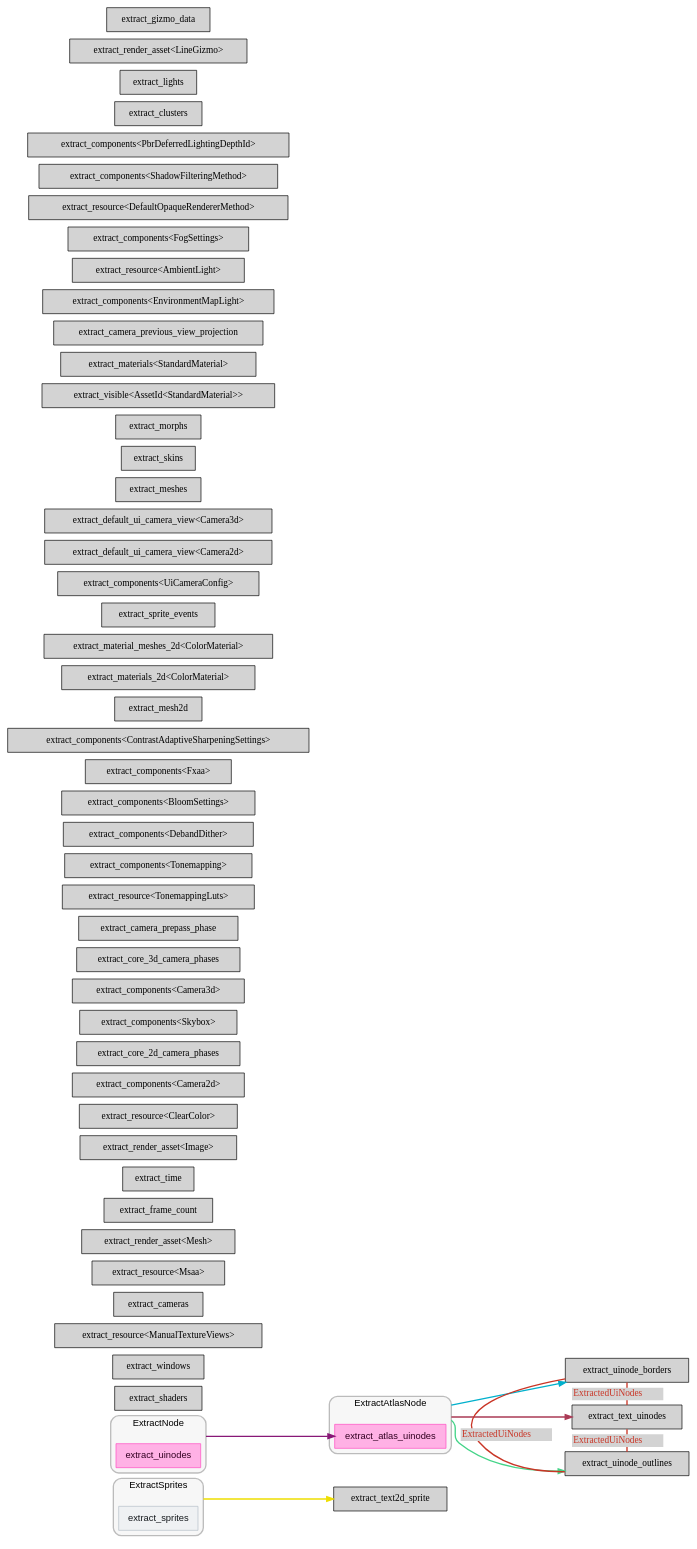
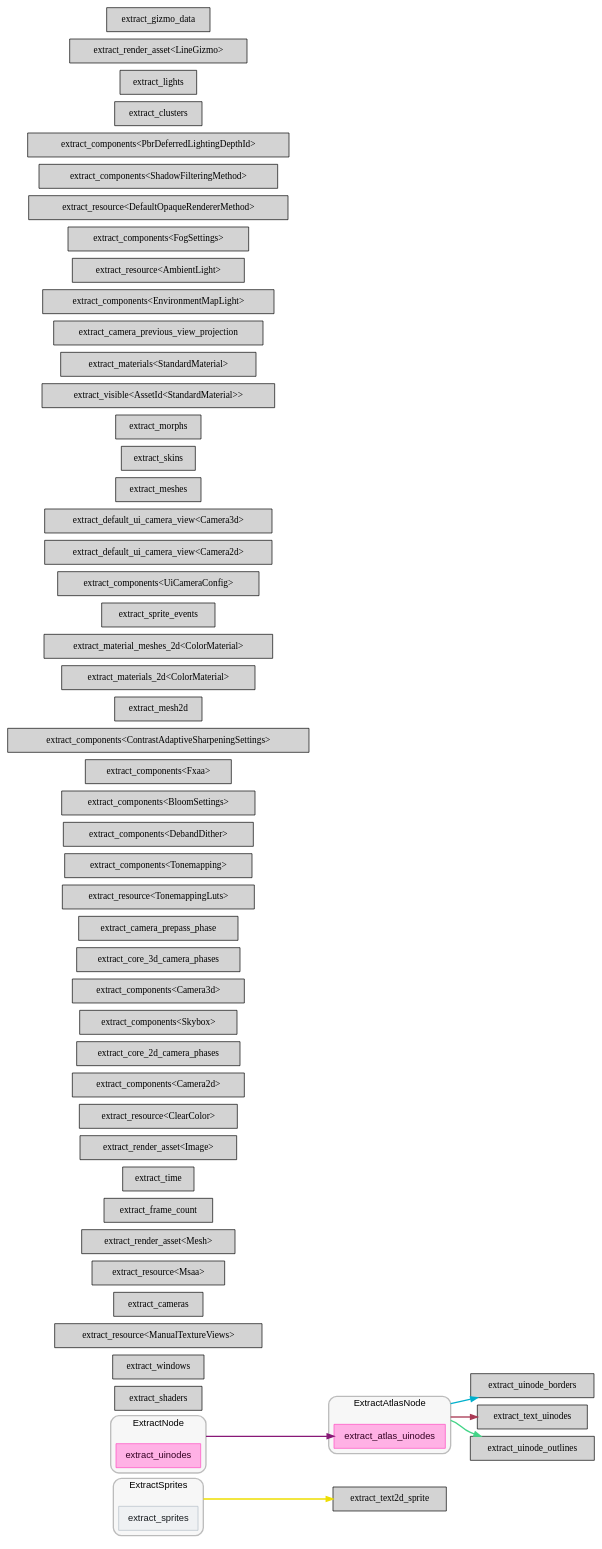
The diagram in docs/schedule/light/render_schedule_ExtractSchedule.dot (jakobhellermann/bevy_mod_debugdump), drawn with Graphviz before and after one commit. The commit also changed 11 other files, not shown here.

```diff
--- a/docs/schedule/light/render_schedule_ExtractSchedule.dot
+++ b/docs/schedule/light/render_schedule_ExtractSchedule.dot
@@ -1,103 +1,100 @@
 digraph "" {
 	"compound"="true";
 	"splines"="spline";
 	"rankdir"="LR";
 	"bgcolor"="white";
 	"fontname"="Helvetica";
 	"nodesep"="0.15";
 	edge ["penwidth"="2"];
 	node ["shape"="box", "style"="filled"];
 	subgraph "clusternode_Set(26)" {
 		"style"="rounded,filled";
 		"label"="ExtractSprites";
 		"tooltip"="ExtractSprites";
 		"fillcolor"="#00000008";
 		"fontcolor"="#000000";
 		"color"="#00000040";
 		"penwidth"="2";
 		"set_marker_node_Set(26)" ["style"="invis", "label"="", "height"="0", "shape"="point"]
 		"node_System(25)" ["label"="extract_sprites", "tooltip"="bevy_sprite::render::extract_sprites", "fillcolor"="#eff1f3", "fontname"="Helvetica", "fontcolor"="#15191d", "color"="#b4bec7", "penwidth"="1"]
 	}
 	
 	subgraph "clusternode_Set(33)" {
 		"style"="rounded,filled";
 		"label"="ExtractNode";
 		"tooltip"="ExtractNode";
 		"fillcolor"="#00000008";
 		"fontcolor"="#000000";
 		"color"="#00000040";
 		"penwidth"="2";
 		"set_marker_node_Set(33)" ["style"="invis", "label"="", "height"="0", "shape"="point"]
 		"node_System(31)" ["label"="extract_uinodes", "tooltip"="bevy_ui::render::extract_uinodes", "fillcolor"="#ffb1e5", "fontname"="Helvetica", "fontcolor"="#320021", "color"="#ff4bc2", "penwidth"="1"]
 	}
 	
 	subgraph "clusternode_Set(35)" {
 		"style"="rounded,filled";
 		"label"="ExtractAtlasNode";
 		"tooltip"="ExtractAtlasNode";
 		"fillcolor"="#00000008";
 		"fontcolor"="#000000";
 		"color"="#00000040";
 		"penwidth"="2";
 		"set_marker_node_Set(35)" ["style"="invis", "label"="", "height"="0", "shape"="point"]
 		"node_System(32)" ["label"="extract_atlas_uinodes", "tooltip"="bevy_ui::render::extract_atlas_uinodes", "fillcolor"="#ffb1e5", "fontname"="Helvetica", "fontcolor"="#320021", "color"="#ff4bc2", "penwidth"="1"]
 	}
 	
 	"node_System(0)" ["label"="extract_shaders", "tooltip"="bevy_render::render_resource::pipeline_cache::PipelineCache::extract_shaders"]
 	"node_System(1)" ["label"="extract_windows", "tooltip"="bevy_render::view::window::extract_windows"]
 	"node_System(2)" ["label"="extract_resource<ManualTextureViews>", "tooltip"="bevy_render::extract_resource::extract_resource<bevy_render::camera::manual_texture_view::ManualTextureViews>"]
 	"node_System(3)" ["label"="extract_cameras", "tooltip"="bevy_render::camera::camera::extract_cameras"]
 	"node_System(4)" ["label"="extract_resource<Msaa>", "tooltip"="bevy_render::extract_resource::extract_resource<bevy_render::view::Msaa>"]
 	"node_System(5)" ["label"="extract_render_asset<Mesh>", "tooltip"="bevy_render::render_asset::extract_render_asset<bevy_render::mesh::mesh::Mesh>"]
 	"node_System(6)" ["label"="extract_frame_count", "tooltip"="bevy_render::globals::extract_frame_count"]
 	"node_System(7)" ["label"="extract_time", "tooltip"="bevy_render::globals::extract_time"]
 	"node_System(8)" ["label"="extract_render_asset<Image>", "tooltip"="bevy_render::render_asset::extract_render_asset<bevy_render::texture::image::Image>"]
 	"node_System(9)" ["label"="extract_resource<ClearColor>", "tooltip"="bevy_render::extract_resource::extract_resource<bevy_core_pipeline::clear_color::ClearColor>"]
 	"node_System(10)" ["label"="extract_components<Camera2d>", "tooltip"="bevy_render::extract_component::extract_components<bevy_core_pipeline::core_2d::camera_2d::Camera2d>"]
 	"node_System(11)" ["label"="extract_core_2d_camera_phases", "tooltip"="bevy_core_pipeline::core_2d::extract_core_2d_camera_phases"]
 	"node_System(12)" ["label"="extract_components<Skybox>", "tooltip"="bevy_render::extract_component::extract_components<bevy_core_pipeline::skybox::Skybox>"]
 	"node_System(13)" ["label"="extract_components<Camera3d>", "tooltip"="bevy_render::extract_component::extract_components<bevy_core_pipeline::core_3d::camera_3d::Camera3d>"]
 	"node_System(14)" ["label"="extract_core_3d_camera_phases", "tooltip"="bevy_core_pipeline::core_3d::extract_core_3d_camera_phases"]
 	"node_System(15)" ["label"="extract_camera_prepass_phase", "tooltip"="bevy_core_pipeline::core_3d::extract_camera_prepass_phase"]
 	"node_System(16)" ["label"="extract_resource<TonemappingLuts>", "tooltip"="bevy_render::extract_resource::extract_resource<bevy_core_pipeline::tonemapping::TonemappingLuts>"]
 	"node_System(17)" ["label"="extract_components<Tonemapping>", "tooltip"="bevy_render::extract_component::extract_components<bevy_core_pipeline::tonemapping::Tonemapping>"]
 	"node_System(18)" ["label"="extract_components<DebandDither>", "tooltip"="bevy_render::extract_component::extract_components<bevy_core_pipeline::tonemapping::DebandDither>"]
 	"node_System(19)" ["label"="extract_components<BloomSettings>", "tooltip"="bevy_render::extract_component::extract_components<bevy_core_pipeline::bloom::settings::BloomSettings>"]
 	"node_System(20)" ["label"="extract_components<Fxaa>", "tooltip"="bevy_render::extract_component::extract_components<bevy_core_pipeline::fxaa::Fxaa>"]
 	"node_System(21)" ["label"="extract_components<ContrastAdaptiveSharpeningSettings>", "tooltip"="bevy_render::extract_component::extract_components<bevy_core_pipeline::contrast_adaptive_sharpening::ContrastAdaptiveSharpeningSettings>"]
 	"node_System(22)" ["label"="extract_mesh2d", "tooltip"="bevy_sprite::mesh2d::mesh::extract_mesh2d"]
 	"node_System(23)" ["label"="extract_materials_2d<ColorMaterial>", "tooltip"="bevy_sprite::mesh2d::material::extract_materials_2d<bevy_sprite::mesh2d::color_material::ColorMaterial>"]
 	"node_System(24)" ["label"="extract_material_meshes_2d<ColorMaterial>", "tooltip"="bevy_sprite::mesh2d::material::extract_material_meshes_2d<bevy_sprite::mesh2d::color_material::ColorMaterial>"]
 	"node_System(26)" ["label"="extract_sprite_events", "tooltip"="bevy_sprite::render::extract_sprite_events"]
 	"node_System(27)" ["label"="extract_text2d_sprite", "tooltip"="bevy_text::text2d::extract_text2d_sprite"]
 	"node_System(28)" ["label"="extract_components<UiCameraConfig>", "tooltip"="bevy_render::extract_component::extract_components<bevy_ui::camera_config::UiCameraConfig>"]
 	"node_System(29)" ["label"="extract_default_ui_camera_view<Camera2d>", "tooltip"="bevy_ui::render::extract_default_ui_camera_view<bevy_core_pipeline::core_2d::camera_2d::Camera2d>"]
 	"node_System(30)" ["label"="extract_default_ui_camera_view<Camera3d>", "tooltip"="bevy_ui::render::extract_default_ui_camera_view<bevy_core_pipeline::core_3d::camera_3d::Camera3d>"]
 	"node_System(33)" ["label"="extract_uinode_borders", "tooltip"="bevy_ui::render::extract_uinode_borders"]
 	"node_System(34)" ["label"="extract_text_uinodes", "tooltip"="bevy_ui::render::extract_text_uinodes"]
 	"node_System(35)" ["label"="extract_uinode_outlines", "tooltip"="bevy_ui::render::extract_uinode_outlines"]
 	"node_System(36)" ["label"="extract_meshes", "tooltip"="bevy_pbr::render::mesh::extract_meshes"]
 	"node_System(37)" ["label"="extract_skins", "tooltip"="bevy_pbr::render::skin::extract_skins"]
 	"node_System(38)" ["label"="extract_morphs", "tooltip"="bevy_pbr::render::morph::extract_morphs"]
 	"node_System(39)" ["label"="extract_visible<AssetId<StandardMaterial>>", "tooltip"="bevy_render::extract_instances::extract_visible<bevy_asset::id::AssetId<bevy_pbr::pbr_material::StandardMaterial>>"]
 	"node_System(40)" ["label"="extract_materials<StandardMaterial>", "tooltip"="bevy_pbr::material::extract_materials<bevy_pbr::pbr_material::StandardMaterial>"]
 	"node_System(41)" ["label"="extract_camera_previous_view_projection", "tooltip"="bevy_pbr::prepass::extract_camera_previous_view_projection"]
 	"node_System(42)" ["label"="extract_components<EnvironmentMapLight>", "tooltip"="bevy_render::extract_component::extract_components<bevy_pbr::environment_map::EnvironmentMapLight>"]
 	"node_System(43)" ["label"="extract_resource<AmbientLight>", "tooltip"="bevy_render::extract_resource::extract_resource<bevy_pbr::light::AmbientLight>"]
 	"node_System(44)" ["label"="extract_components<FogSettings>", "tooltip"="bevy_render::extract_component::extract_components<bevy_pbr::fog::FogSettings>"]
 	"node_System(45)" ["label"="extract_resource<DefaultOpaqueRendererMethod>", "tooltip"="bevy_render::extract_resource::extract_resource<bevy_pbr::material::DefaultOpaqueRendererMethod>"]
 	"node_System(46)" ["label"="extract_components<ShadowFilteringMethod>", "tooltip"="bevy_render::extract_component::extract_components<bevy_pbr::light::ShadowFilteringMethod>"]
 	"node_System(47)" ["label"="extract_components<PbrDeferredLightingDepthId>", "tooltip"="bevy_render::extract_component::extract_components<bevy_pbr::deferred::PbrDeferredLightingDepthId>"]
 	"node_System(48)" ["label"="extract_clusters", "tooltip"="bevy_pbr::render::light::extract_clusters"]
 	"node_System(49)" ["label"="extract_lights", "tooltip"="bevy_pbr::render::light::extract_lights"]
 	"node_System(50)" ["label"="extract_render_asset<LineGizmo>", "tooltip"="bevy_render::render_asset::extract_render_asset<bevy_gizmos::LineGizmo>"]
 	"node_System(51)" ["label"="extract_gizmo_data", "tooltip"="bevy_gizmos::extract_gizmo_data"]
 	"set_marker_node_Set(26)" -> "node_System(27)" ["lhead"="", "ltail"="clusternode_Set(26)", "tooltip"="ExtractSprites → extract_text2d_sprite", "color"="#eede00"]
 	"set_marker_node_Set(33)" -> "node_System(32)" ["lhead"="", "ltail"="clusternode_Set(33)", "tooltip"="ExtractNode → extract_atlas_uinodes", "color"="#881877"]
 	"set_marker_node_Set(35)" -> "node_System(33)" ["lhead"="", "ltail"="clusternode_Set(35)", "tooltip"="ExtractAtlasNode → extract_uinode_borders", "color"="#00b0cc"]
 	"set_marker_node_Set(35)" -> "node_System(34)" ["lhead"="", "ltail"="clusternode_Set(35)", "tooltip"="ExtractAtlasNode → extract_text_uinodes", "color"="#aa3a55"]
 	"set_marker_node_Set(35)" -> "node_System(35)" ["lhead"="", "ltail"="clusternode_Set(35)", "tooltip"="ExtractAtlasNode → extract_uinode_outlines", "color"="#44d488"]
-	"node_System(33)" -> "node_System(35)" ["dir"="none", "constraint"="false", "color"="#c93526", "fontcolor"="#c93526", "label"=<<table border="0" cellborder="0"><tr><td bgcolor="#d3d3d3">ExtractedUiNodes</td></tr></table>>, "labeltooltip"="extract_uinode_borders — extract_uinode_outlines"]
-	"node_System(34)" -> "node_System(33)" ["dir"="none", "constraint"="false", "color"="#c93526", "fontcolor"="#c93526", "label"=<<table border="0" cellborder="0"><tr><td bgcolor="#d3d3d3">ExtractedUiNodes</td></tr></table>>, "labeltooltip"="extract_text_uinodes — extract_uinode_borders"]
-	"node_System(34)" -> "node_System(35)" ["dir"="none", "constraint"="false", "color"="#c93526", "fontcolor"="#c93526", "label"=<<table border="0" cellborder="0"><tr><td bgcolor="#d3d3d3">ExtractedUiNodes</td></tr></table>>, "labeltooltip"="extract_text_uinodes — extract_uinode_outlines"]
 }
```
